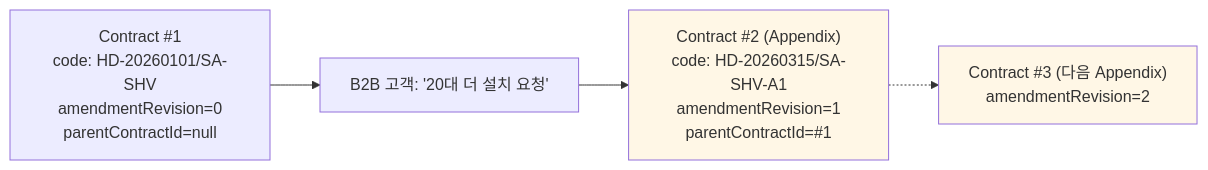
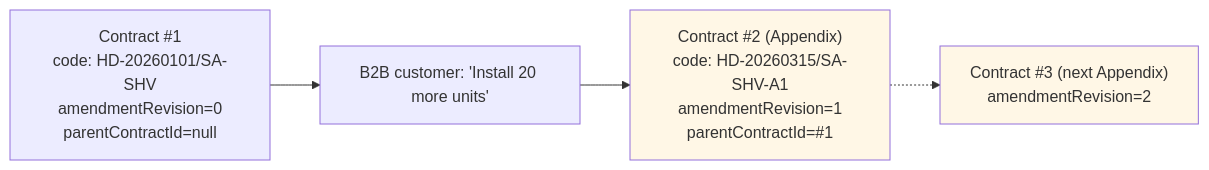
Before and after one commit to JoJakeTaemoon/jakes-home-appliances-soms: diagram 12 of 43 in docs/USER_WORKFLOWS.md, drawn with Mermaid. The commit also changed other lines of this file and 1 other file, not shown here.

First line of the commit message:
docs(workflows): add per-Part summary diagrams to HOW_TO_USE.md + translate USER_WORKFLOWS.md to English

````diff
--- a/docs/USER_WORKFLOWS.md
+++ b/docs/USER_WORKFLOWS.md
@@ -389,13 +389,13 @@
 ```mermaid
 flowchart LR
   Original["Contract #1<br/>code: HD-20260101/SA-SHV<br/>amendmentRevision=0<br/>parentContractId=null"]
-  Add["B2B 고객: '20대 더 설치 요청'"]
+  Add["B2B customer: 'Install 20 more units'"]
   Appendix["Contract #2 (Appendix)<br/>code: HD-20260315/SA-SHV-A1<br/>amendmentRevision=1<br/>parentContractId=#1"]
-  More["Contract #3 (다음 Appendix)<br/>amendmentRevision=2"]
+  More["Contract #3 (next Appendix)<br/>amendmentRevision=2"]
 
   Original --> Add --> Appendix
   Appendix -.-> More
 
   style Appendix fill:#fff7e6
   style More fill:#fff7e6
 ```
````
